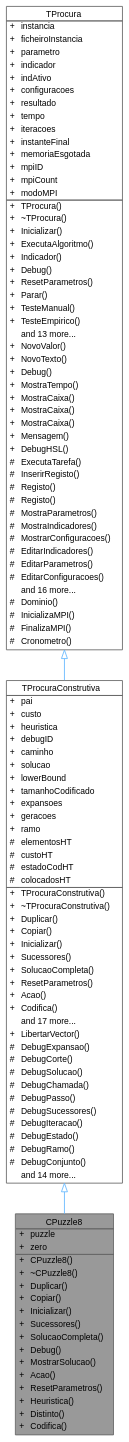
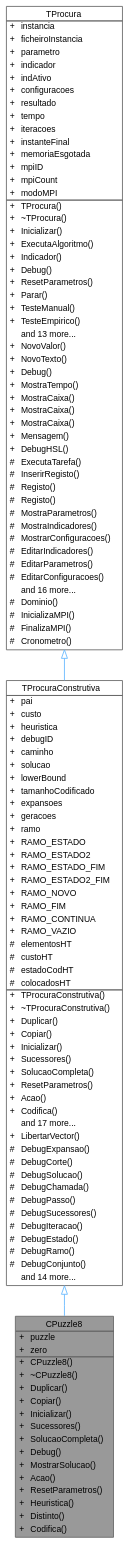
Before and after one commit to jcoelho72/TProcura: the diagram in classCPuzzle8__inherit__graph.dot, drawn with Graphviz. The commit also changed 54 other files, not shown here.

```diff
--- a/classCPuzzle8__inherit__graph.dot
+++ b/classCPuzzle8__inherit__graph.dot
@@ -39,6 +39,14 @@
 <TR><TD VALIGN="top" CELLPADDING="1" CELLSPACING="0">+</TD><TD VALIGN="top" ALIGN="LEFT" CELLPADDING="1" CELLSPACING="0">expansoes<BR ALIGN="LEFT"/></TD></TR>
 <TR><TD VALIGN="top" CELLPADDING="1" CELLSPACING="0">+</TD><TD VALIGN="top" ALIGN="LEFT" CELLPADDING="1" CELLSPACING="0">geracoes<BR ALIGN="LEFT"/></TD></TR>
 <TR><TD VALIGN="top" CELLPADDING="1" CELLSPACING="0">+</TD><TD VALIGN="top" ALIGN="LEFT" CELLPADDING="1" CELLSPACING="0">ramo<BR ALIGN="LEFT"/></TD></TR>
+<TR><TD VALIGN="top" CELLPADDING="1" CELLSPACING="0">+</TD><TD VALIGN="top" ALIGN="LEFT" CELLPADDING="1" CELLSPACING="0">RAMO_ESTADO<BR ALIGN="LEFT"/></TD></TR>
+<TR><TD VALIGN="top" CELLPADDING="1" CELLSPACING="0">+</TD><TD VALIGN="top" ALIGN="LEFT" CELLPADDING="1" CELLSPACING="0">RAMO_ESTADO2<BR ALIGN="LEFT"/></TD></TR>
+<TR><TD VALIGN="top" CELLPADDING="1" CELLSPACING="0">+</TD><TD VALIGN="top" ALIGN="LEFT" CELLPADDING="1" CELLSPACING="0">RAMO_ESTADO_FIM<BR ALIGN="LEFT"/></TD></TR>
+<TR><TD VALIGN="top" CELLPADDING="1" CELLSPACING="0">+</TD><TD VALIGN="top" ALIGN="LEFT" CELLPADDING="1" CELLSPACING="0">RAMO_ESTADO2_FIM<BR ALIGN="LEFT"/></TD></TR>
+<TR><TD VALIGN="top" CELLPADDING="1" CELLSPACING="0">+</TD><TD VALIGN="top" ALIGN="LEFT" CELLPADDING="1" CELLSPACING="0">RAMO_NOVO<BR ALIGN="LEFT"/></TD></TR>
+<TR><TD VALIGN="top" CELLPADDING="1" CELLSPACING="0">+</TD><TD VALIGN="top" ALIGN="LEFT" CELLPADDING="1" CELLSPACING="0">RAMO_FIM<BR ALIGN="LEFT"/></TD></TR>
+<TR><TD VALIGN="top" CELLPADDING="1" CELLSPACING="0">+</TD><TD VALIGN="top" ALIGN="LEFT" CELLPADDING="1" CELLSPACING="0">RAMO_CONTINUA<BR ALIGN="LEFT"/></TD></TR>
+<TR><TD VALIGN="top" CELLPADDING="1" CELLSPACING="0">+</TD><TD VALIGN="top" ALIGN="LEFT" CELLPADDING="1" CELLSPACING="0">RAMO_VAZIO<BR ALIGN="LEFT"/></TD></TR>
 <TR><TD VALIGN="top" CELLPADDING="1" CELLSPACING="0">#</TD><TD VALIGN="top" ALIGN="LEFT" CELLPADDING="1" CELLSPACING="0">elementosHT<BR ALIGN="LEFT"/></TD></TR>
 <TR><TD VALIGN="top" CELLPADDING="1" CELLSPACING="0">#</TD><TD VALIGN="top" ALIGN="LEFT" CELLPADDING="1" CELLSPACING="0">custoHT<BR ALIGN="LEFT"/></TD></TR>
 <TR><TD VALIGN="top" CELLPADDING="1" CELLSPACING="0">#</TD><TD VALIGN="top" ALIGN="LEFT" CELLPADDING="1" CELLSPACING="0">estadoCodHT<BR ALIGN="LEFT"/></TD></TR>
```
